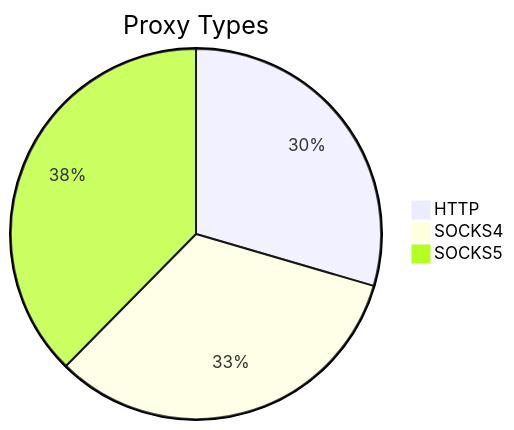
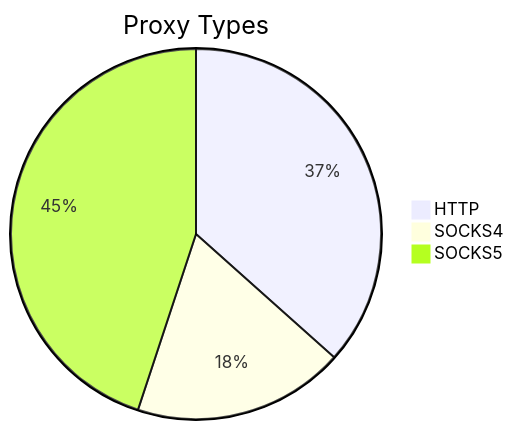
Before and after one commit to stormsia/proxy-list: the first of 2 diagrams in README.md, drawn with Mermaid. The commit also changed other lines of this file, not shown here.

````diff
--- a/README.md
+++ b/README.md
@@ -21,6 +21,6 @@
 ```mermaid
 pie title Proxy Types
-    "HTTP" : 124
-    "SOCKS4" : 138
-    "SOCKS5" : 158
+    "HTTP" : 101
+    "SOCKS4" : 51
+    "SOCKS5" : 124
 ```
````
